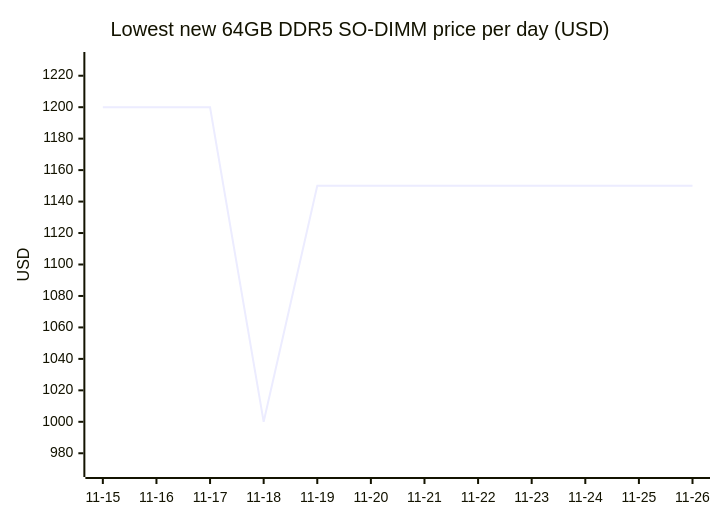
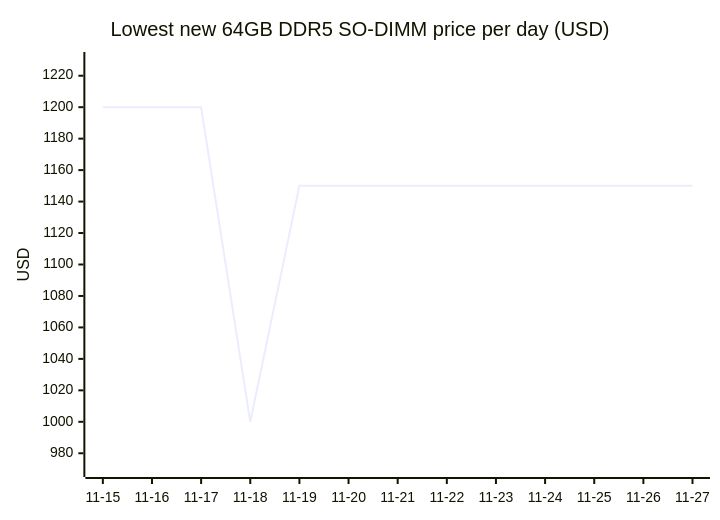
One commit to 7324136828/4tb_ssd_price_watch changed the third of 18 diagrams in README.md. Above: the diagram before and after it, drawn with Mermaid. The commit also changed other lines of this file, not shown here.

````diff
--- a/README.md
+++ b/README.md
@@ -851,7 +875,7 @@
 ```mermaid
 xychart-beta
     title "Lowest new 64GB DDR5 SO-DIMM price per day (USD)"
-    x-axis ["11-15", "11-16", "11-17", "11-18", "11-19", "11-20", "11-21", "11-22", "11-23", "11-24", "11-25", "11-26"]
+    x-axis ["11-15", "11-16", "11-17", "11-18", "11-19", "11-20", "11-21", "11-22", "11-23", "11-24", "11-25", "11-26", "11-27"]
     y-axis "USD" 970 --> 1230
-    line [1199.89, 1199.89, 1199.89, 1000.00, 1149.99, 1149.99, 1149.99, 1149.99, 1149.99, 1149.99, 1149.99, 1149.99]
+    line [1199.89, 1199.89, 1199.89, 1000.00, 1149.99, 1149.99, 1149.99, 1149.99, 1149.99, 1149.99, 1149.99, 1149.99, 1149.99]
 ```
````
